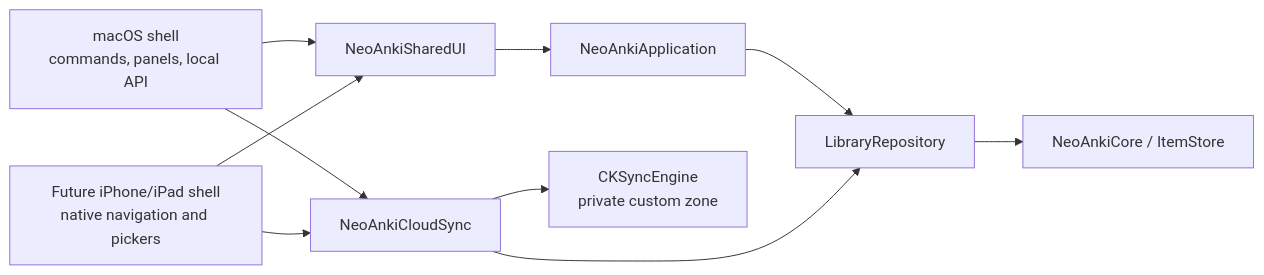
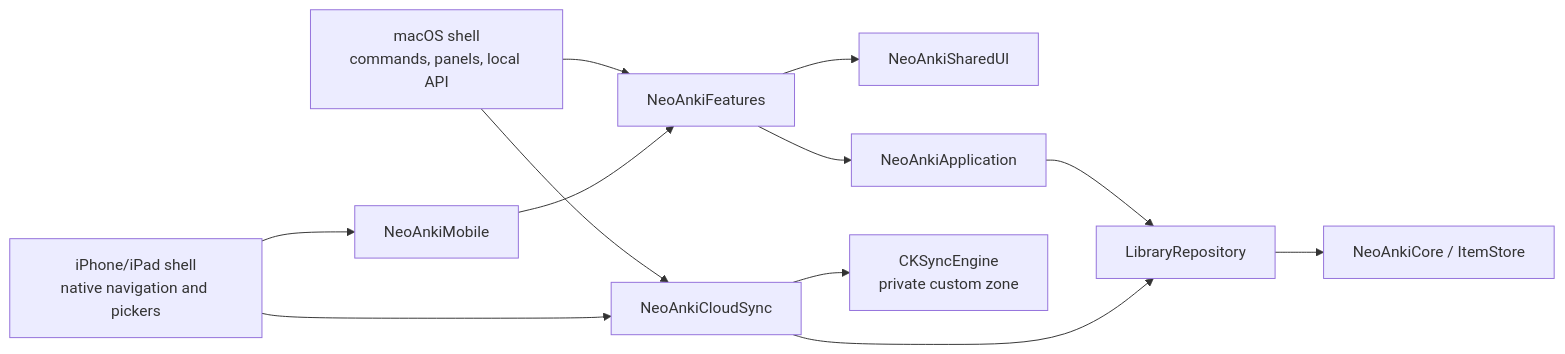
The first of 2 diagrams in docs/ARCHITECTURE.md (neoanki2/neoanki2), drawn with Mermaid before and after one commit. The commit also changed other lines of this file and 124 other files, not shown here.

````diff
--- a/docs/ARCHITECTURE.md
+++ b/docs/ARCHITECTURE.md
@@ -20,12 +19,14 @@
 ```mermaid
 flowchart LR
-    Mac["macOS shell<br/>commands, panels, local API"] --> SharedUI[NeoAnkiSharedUI]
-    iOS["Future iPhone/iPad shell<br/>native navigation and pickers"] --> SharedUI
-    SharedUI --> Application[NeoAnkiApplication]
+    Mac["macOS shell<br/>commands, panels, local API"] --> Features[NeoAnkiFeatures]
+    iOS["iPhone/iPad shell<br/>native navigation and pickers"] --> Mobile[NeoAnkiMobile]
+    Mobile --> Features
+    Features --> SharedUI[NeoAnkiSharedUI]
+    Features --> Application[NeoAnkiApplication]
     Application --> Repository[LibraryRepository]
     Repository --> Core[NeoAnkiCore / ItemStore]
     Mac --> CloudSync[NeoAnkiCloudSync]
     iOS --> CloudSync
     CloudSync --> Repository
     CloudSync --> CloudKit["CKSyncEngine<br/>private custom zone"]
 ```
````
